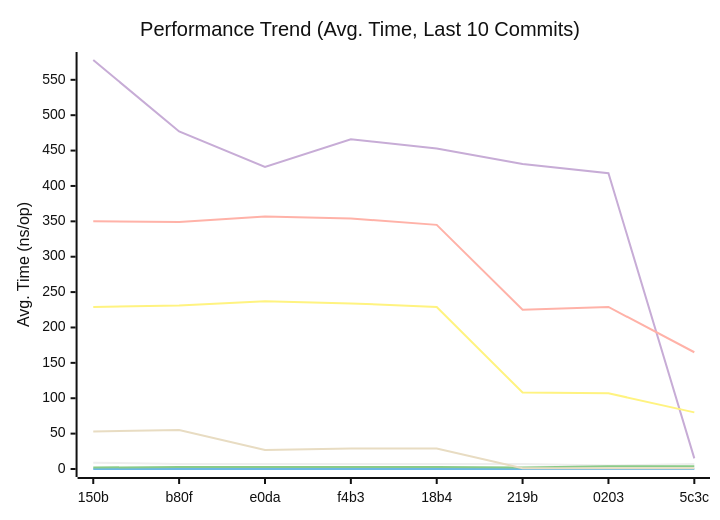
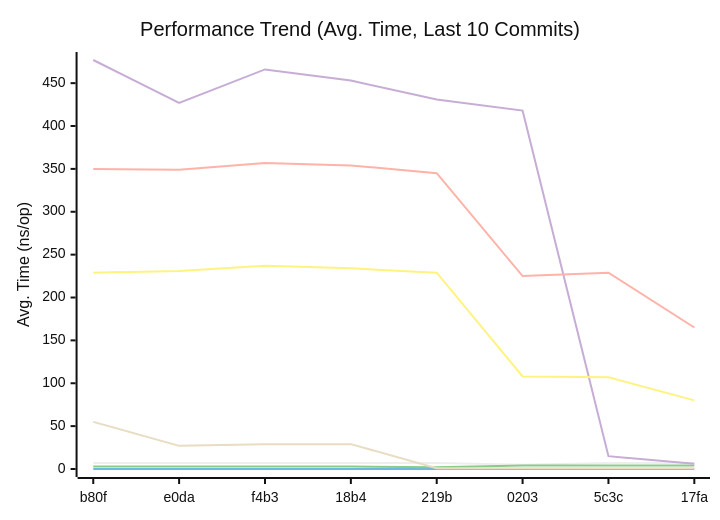
One commit to alsotoes/momo changed the first of 3 diagrams in docs/README.md. Above: the diagram before and after it, drawn with Mermaid (neutral theme). The commit also changed other lines of this file and 1 other file, not shown here.

````diff
--- a/docs/README.md
+++ b/docs/README.md
@@ -187,14 +187,14 @@
 ```mermaid
 xychart-beta
     title "Performance Trend (Avg. Time, Last 10 Commits)"
     x-axis "Commit"
     y-axis "Avg. Time (ns/op)"
-    x-axis [150b,b80f,e0da,f4b3,18b4,219b,0203,5c3c]
-    line "CheckMetricsAndSwap" [9,7,7,7,7,7,5,7,7,7]
+    x-axis [b80f,e0da,f4b3,18b4,219b,0203,5c3c,17fa]
+    line "CheckMetricsAndSwap" [7,7,7,7,7,5,7,7,7,6]
     line "IndexDirectTracking" [0,0,0,0,0,0,0,0,0,0]
-    line "IndexSearch" [2,3,3,3,3,2,4,4,4,4]
-    line "LoadGlobalConfig" [578,477,427,466,453,431,418,15,6,20]
-    line "PadString" [53,55,27,29,29,1,1,1,1,1]
+    line "IndexSearch" [3,3,3,3,2,4,4,4,4,4]
+    line "LoadGlobalConfig" [477,427,466,453,431,418,15,6,20,21]
+    line "PadString" [55,27,29,29,1,1,1,1,1,1]
     line "ParseReplicationOrder_NoPrealloc" [350,349,357,354,345,225,229,165,232,234]
     line "ParseReplicationOrder_Prealloc" [229,231,237,234,229,108,107,80,110,109]
 ```
````
